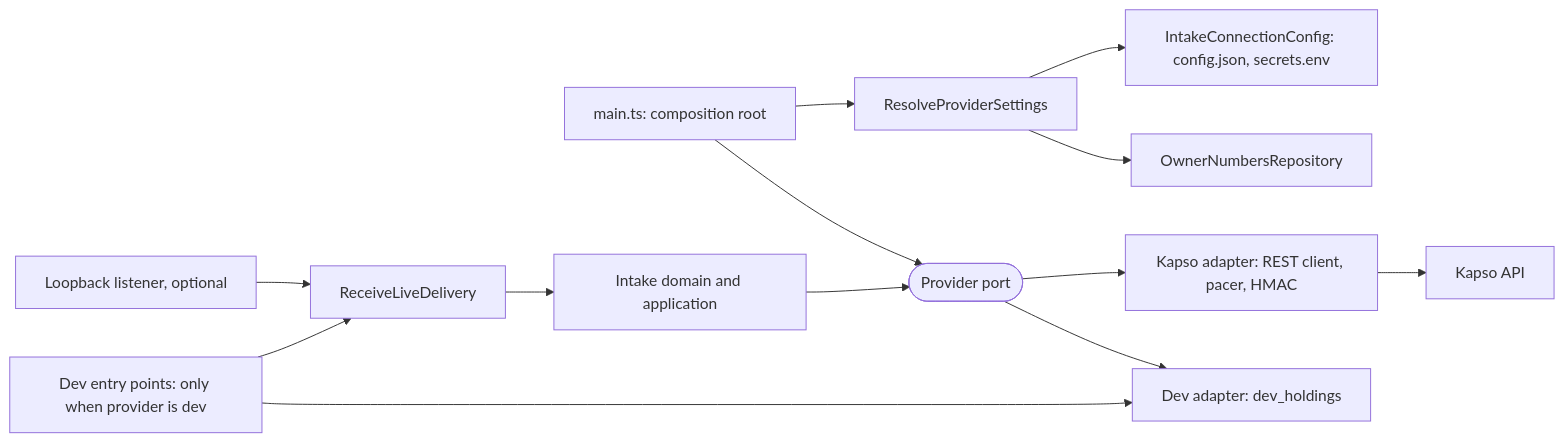
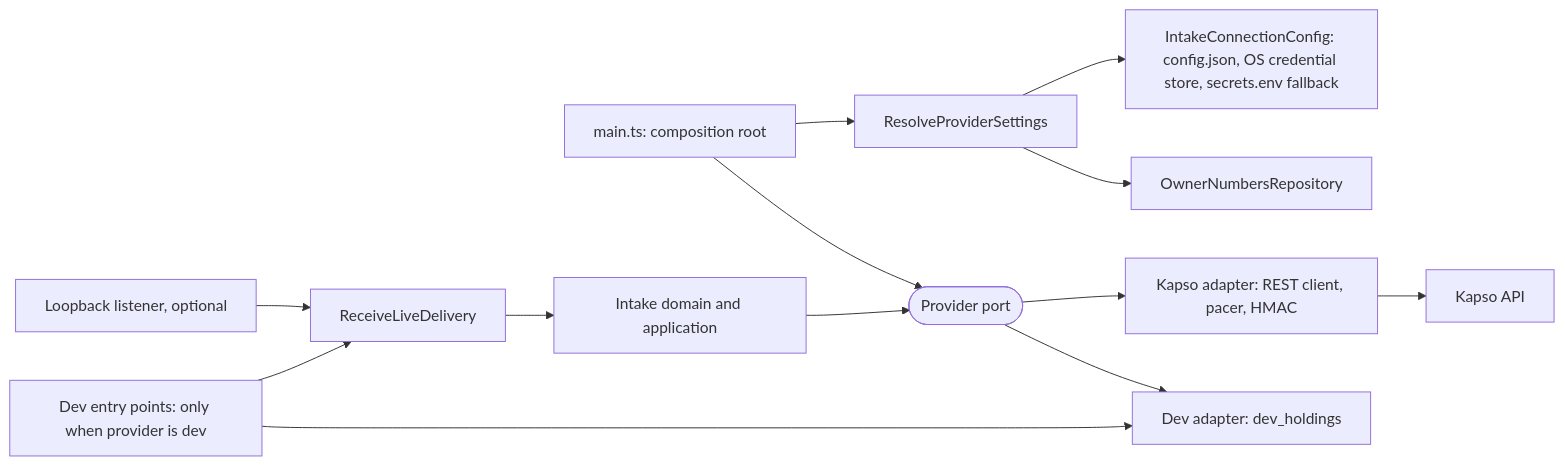
One commit to antonygiomarxdev/deputy changed the diagram in src/intake/docs/tp/TP-01-providers.md. Above: the diagram before and after it, drawn with Mermaid. The commit also changed other lines of this file and 19 other files, not shown here.

````diff
--- a/src/intake/docs/tp/TP-01-providers.md
+++ b/src/intake/docs/tp/TP-01-providers.md
@@ -48,15 +48,15 @@
 ```mermaid
 flowchart LR
   Main["main.ts: composition root"] --> Resolve["ResolveProviderSettings"]
-  Resolve --> Cfg["IntakeConnectionConfig: config.json, secrets.env"]
+  Resolve --> Cfg["IntakeConnectionConfig: config.json, OS credential store, secrets.env fallback"]
   Resolve --> OwnerRepo["OwnerNumbersRepository"]
   Main --> ProvPort(["Provider port"])
   ProvPort --> Kapso["Kapso adapter: REST client, pacer, HMAC"]
   ProvPort --> Dev["Dev adapter: dev_holdings"]
   Kapso --> KapsoApi["Kapso API"]
   Listener["Loopback listener, optional"] --> Live["ReceiveLiveDelivery"]
   DevRoutes["Dev entry points: only when provider is dev"] --> Live
   DevRoutes --> Dev
   Live --> Core["Intake domain and application"]
   Core --> ProvPort
 ```
````
